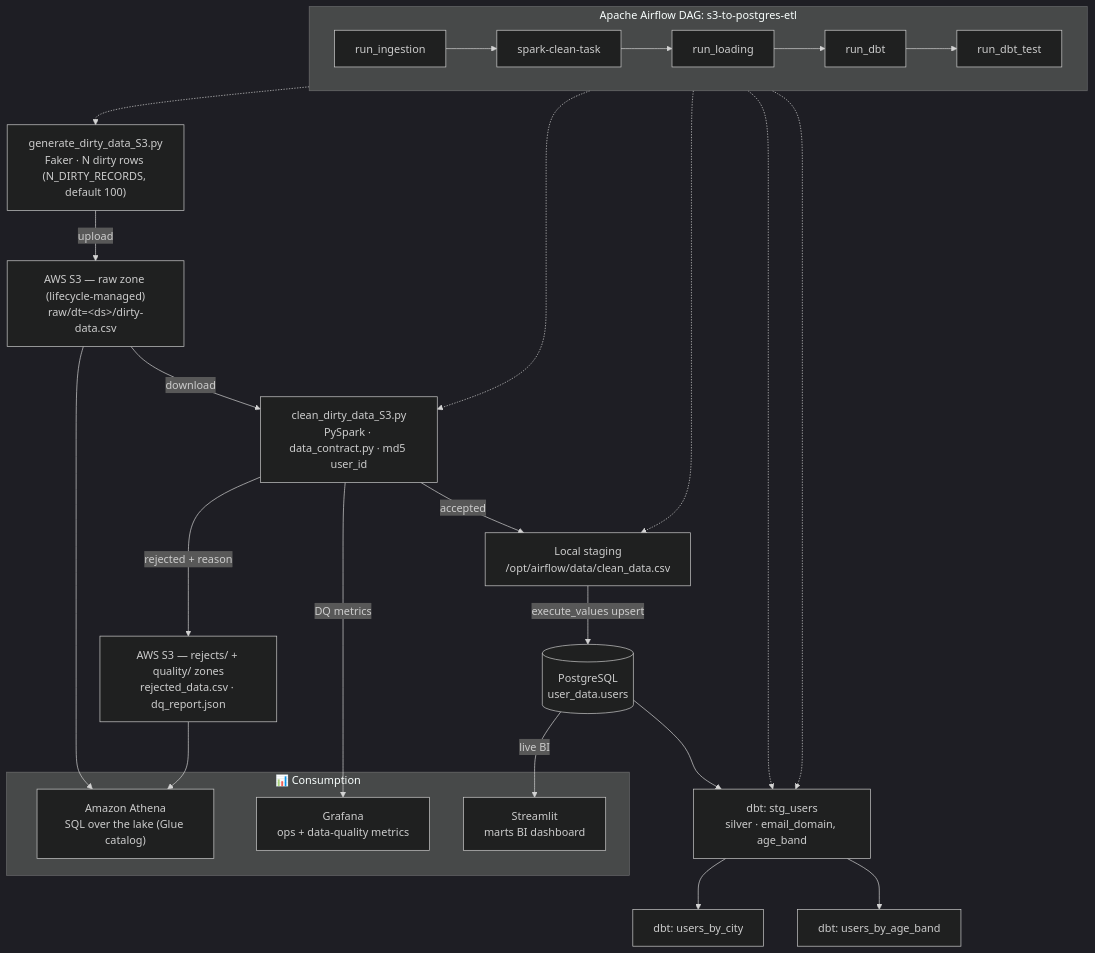
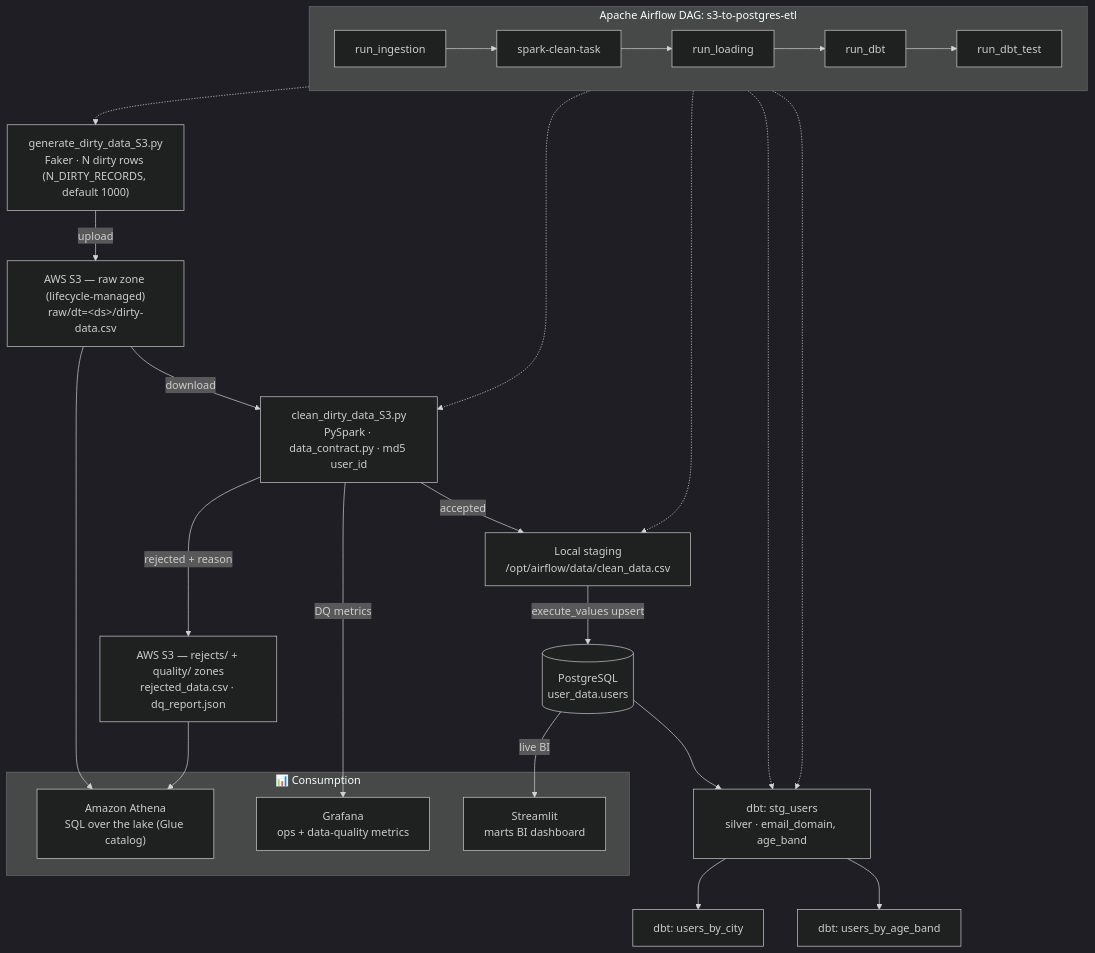
Before and after one commit to theofanis-tsakanikas/contract-driven-data-pipeline: the first of 2 diagrams in README.md, drawn with Mermaid (dark theme). The commit also changed other lines of this file and 4 other files, not shown here.

First line of the commit message:
feat: default N_DIRTY_RECORDS to 1000 across code and docs

````diff
--- a/README.md
+++ b/README.md
@@ -87,42 +87,42 @@
 ```mermaid
 flowchart TD
     subgraph AF["Apache Airflow DAG: s3-to-postgres-etl"]
         direction LR
         T1["run_ingestion"] --> T2["spark-clean-task"] --> T3["run_loading"] --> T4["run_dbt"] --> T5["run_dbt_test"]
     end
 
-    GEN["generate_dirty_data_S3.py<br/>Faker · N dirty rows (N_DIRTY_RECORDS, default 100)"]
+    GEN["generate_dirty_data_S3.py<br/>Faker · N dirty rows (N_DIRTY_RECORDS, default 1000)"]
     S3["AWS S3 — raw zone (lifecycle-managed)<br/>raw/dt=&lt;ds&gt;/dirty-data.csv"]
     SPARK["clean_dirty_data_S3.py<br/>PySpark · data_contract.py · md5 user_id"]
     CSV["Local staging<br/>/opt/airflow/data/clean_data.csv"]
     REJ["AWS S3 — rejects/ + quality/ zones<br/>rejected_data.csv · dq_report.json"]
     PG[("PostgreSQL<br/>user_data.users")]
     STG["dbt: stg_users<br/>silver · email_domain, age_band"]
     M1["dbt: users_by_city"]
     M2["dbt: users_by_age_band"]
 
     subgraph CONS["📊 Consumption"]
         ATH["Amazon Athena<br/>SQL over the lake (Glue catalog)"]
         GRAF["Grafana<br/>ops + data-quality metrics"]
         ST["Streamlit<br/>marts BI dashboard"]
     end
 
     GEN -->|upload| S3
     S3 -->|download| SPARK
     SPARK -->|accepted| CSV
     SPARK -->|rejected + reason| REJ
     SPARK -->|DQ metrics| GRAF
     CSV -->|execute_values upsert| PG
     PG --> STG
     STG --> M1
     STG --> M2
     S3 --> ATH
     REJ --> ATH
     PG -->|live BI| ST
 
     T1 -.-> GEN
     T2 -.-> SPARK
     T3 -.-> CSV
     T4 -.-> STG
     T5 -.-> STG
 ```
````
